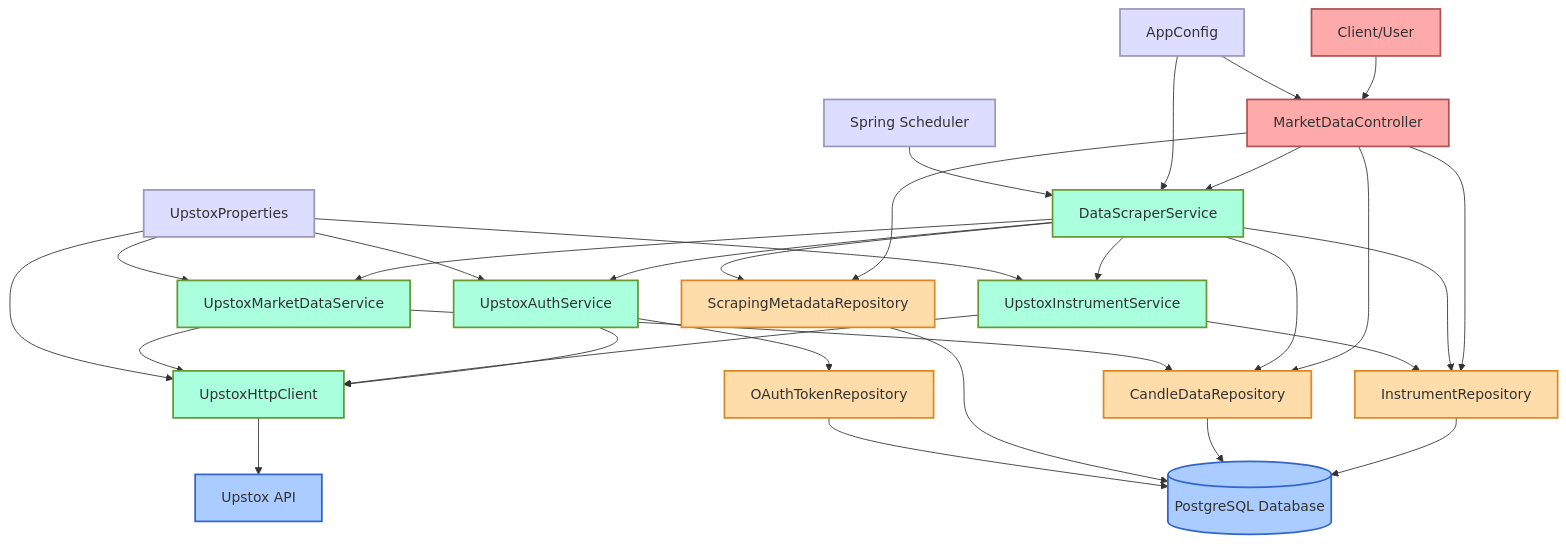
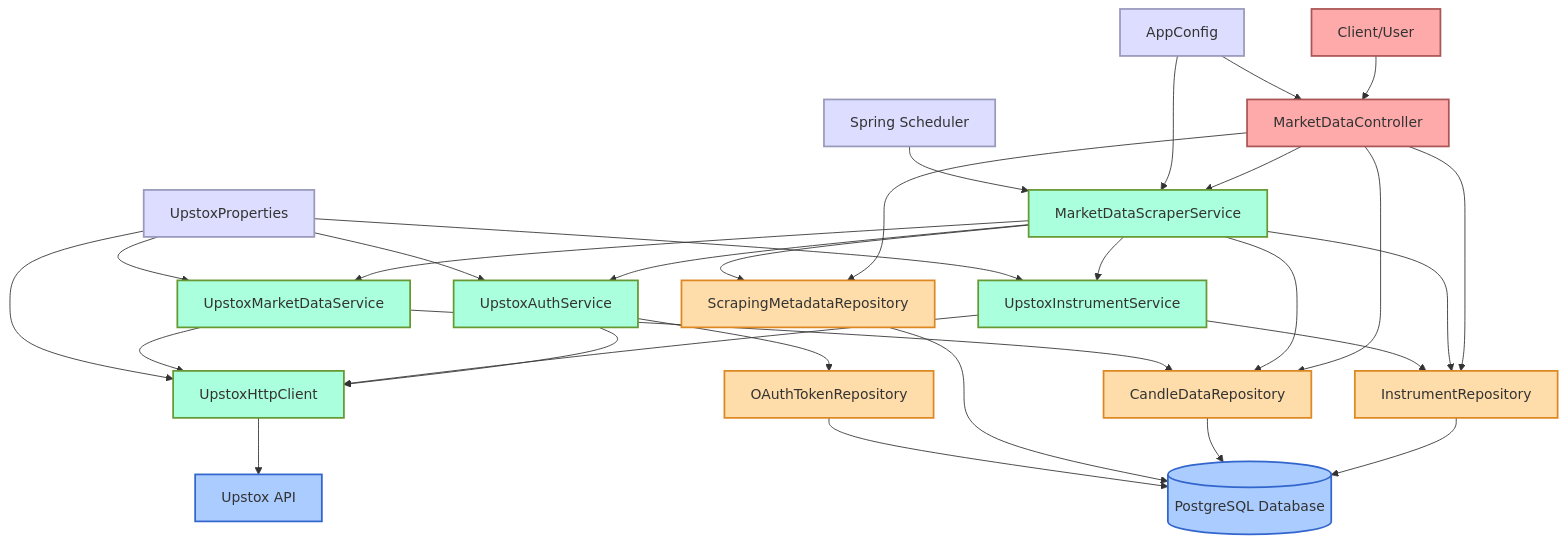
The diagram in quantz-api-service/quantz-api-market-data-service/src/main/resources/diagrams/market_data_service/market_data_service_component_d.mermaid (JahagirdarAmey/quantz), drawn with Mermaid before and after one commit. The commit also changed 8 other files, not shown here.

```diff
--- a/quantz-api-service/quantz-api-market-data-service/src/main/resources/diagrams/market_data_service/market_data_service_component_d.mermaid
+++ b/quantz-api-service/quantz-api-market-data-service/src/main/resources/diagrams/market_data_service/market_data_service_component_d.mermaid
@@ -1,79 +1,79 @@
 graph TD
 %% Main Components
     Client[Client/User]
     Controller[MarketDataController]
-    DataScraper[DataScraperService]
+    DataScraper[MarketDataScraperService]
     UpstoxAuth[UpstoxAuthService]
     UpstoxHttp[UpstoxHttpClient]
     UpstoxInstrument[UpstoxInstrumentService]
     UpstoxMarket[UpstoxMarketDataService]
 
 %% Repositories
     InstrumentRepo[InstrumentRepository]
     CandleDataRepo[CandleDataRepository]
     ScrapingMetadataRepo[ScrapingMetadataRepository]
     OAuthTokenRepo[OAuthTokenRepository]
 
 %% External Resources
     UpstoxAPI[Upstox API]
     Database[(PostgreSQL Database)]
 
 %% Configuration
     AppConfig[AppConfig]
     UpstoxProps[UpstoxProperties]
 
 %% Scheduler
     Scheduler[Spring Scheduler]
 
 %% Connections
     Client --> Controller
     Controller --> DataScraper
     Controller --> InstrumentRepo
     Controller --> CandleDataRepo
     Controller --> ScrapingMetadataRepo
 
     DataScraper --> UpstoxAuth
     DataScraper --> UpstoxInstrument
     DataScraper --> UpstoxMarket
     DataScraper --> InstrumentRepo
     DataScraper --> CandleDataRepo
     DataScraper --> ScrapingMetadataRepo
 
     UpstoxAuth --> UpstoxHttp
     UpstoxAuth --> OAuthTokenRepo
 
     UpstoxInstrument --> UpstoxHttp
     UpstoxInstrument --> InstrumentRepo
 
     UpstoxMarket --> UpstoxHttp
     UpstoxMarket --> CandleDataRepo
 
     UpstoxHttp --> UpstoxAPI
 
     InstrumentRepo --> Database
     CandleDataRepo --> Database
     ScrapingMetadataRepo --> Database
     OAuthTokenRepo --> Database
 
     UpstoxProps --> UpstoxAuth
     UpstoxProps --> UpstoxHttp
     UpstoxProps --> UpstoxInstrument
     UpstoxProps --> UpstoxMarket
 
     AppConfig --> Controller
     AppConfig --> DataScraper
 
     Scheduler --> DataScraper
 
 %% Style
     classDef service fill:#afd,stroke:#693,stroke-width:2px
     classDef repo fill:#fda,stroke:#d82,stroke-width:2px
     classDef external fill:#acf,stroke:#36c,stroke-width:2px
     classDef config fill:#ddf,stroke:#99b,stroke-width:2px
     classDef client fill:#faa,stroke:#a55,stroke-width:2px
 
     class DataScraper,UpstoxAuth,UpstoxHttp,UpstoxInstrument,UpstoxMarket service
     class InstrumentRepo,CandleDataRepo,ScrapingMetadataRepo,OAuthTokenRepo repo
     class UpstoxAPI,Database external
     class AppConfig,UpstoxProps,Scheduler config
     class Client,Controller client
```
